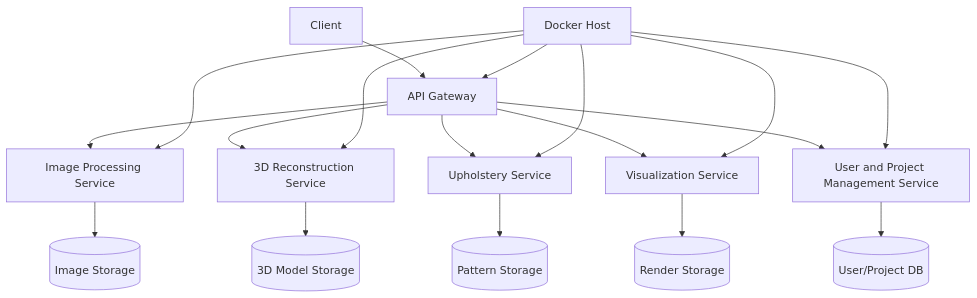
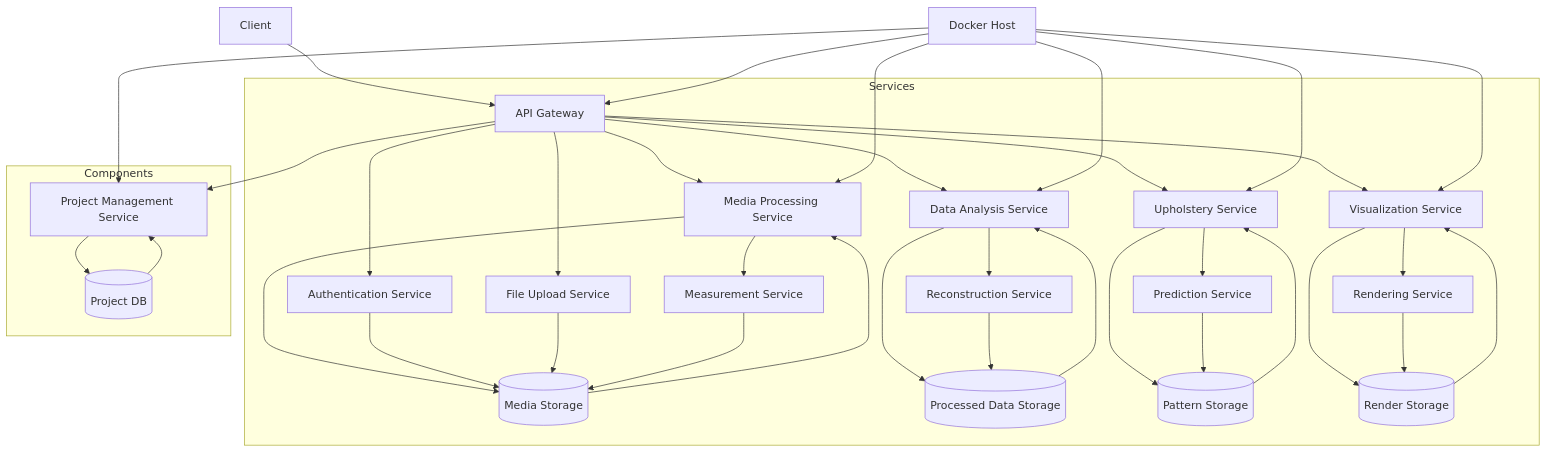
One commit to zbuhrer/stitchsketch changed the diagram in README.md. Above: the diagram before and after it, drawn with Mermaid. The commit also changed other lines of this file and 28 other files, not shown here.

````diff
--- a/README.md
+++ b/README.md
@@ -9,23 +17,50 @@
 ```mermaid
 graph TD
     A[Client] --> B[API Gateway]
-    B --> C[Image Processing Service]
-    B --> D[3D Reconstruction Service]
+    B --> C[Media Processing Service]
+    B --> D[Data Analysis Service]
     B --> E[Upholstery Service]
     B --> F[Visualization Service]
-    B --> G[User and Project Management Service]
+    B --> G[Project Management Service]
 
-    C --> H[(Image Storage)]
-    D --> I[(3D Model Storage)]
+    C --> H[(Media Storage)]
+    D --> I[(Processed Data Storage)]
     E --> J[(Pattern Storage)]
     F --> K[(Render Storage)]
-    G --> L[(User/Project DB)]
+    G --> L[(Project DB)]
 
     M[Docker Host]
     M --> B
     M --> C
     M --> D
     M --> E
     M --> F
     M --> G
+
+    subgraph Services
+        B[API Gateway] --> A1[Authentication Service]
+        B --> A2[File Upload Service]
+        A1 --> H[(Media Storage)]
+        A2 --> H[(Media Storage)]
+
+        C --> A3[Measurement Service]
+        A3 --> H[(Media Storage)]
+
+        D --> A4[Reconstruction Service]
+        A4 --> I[(Processed Data Storage)]
+
+        E --> A5[Prediction Service]
+        A5 --> J[(Pattern Storage)]
+
+        F --> A6[Rendering Service]
+        A6 --> K[(Render Storage)]
+    end
+
+    subgraph Components
+        H --> C
+        I --> D
+        J --> E
+        K --> F
+        L --> G
+    end
 ```
````
